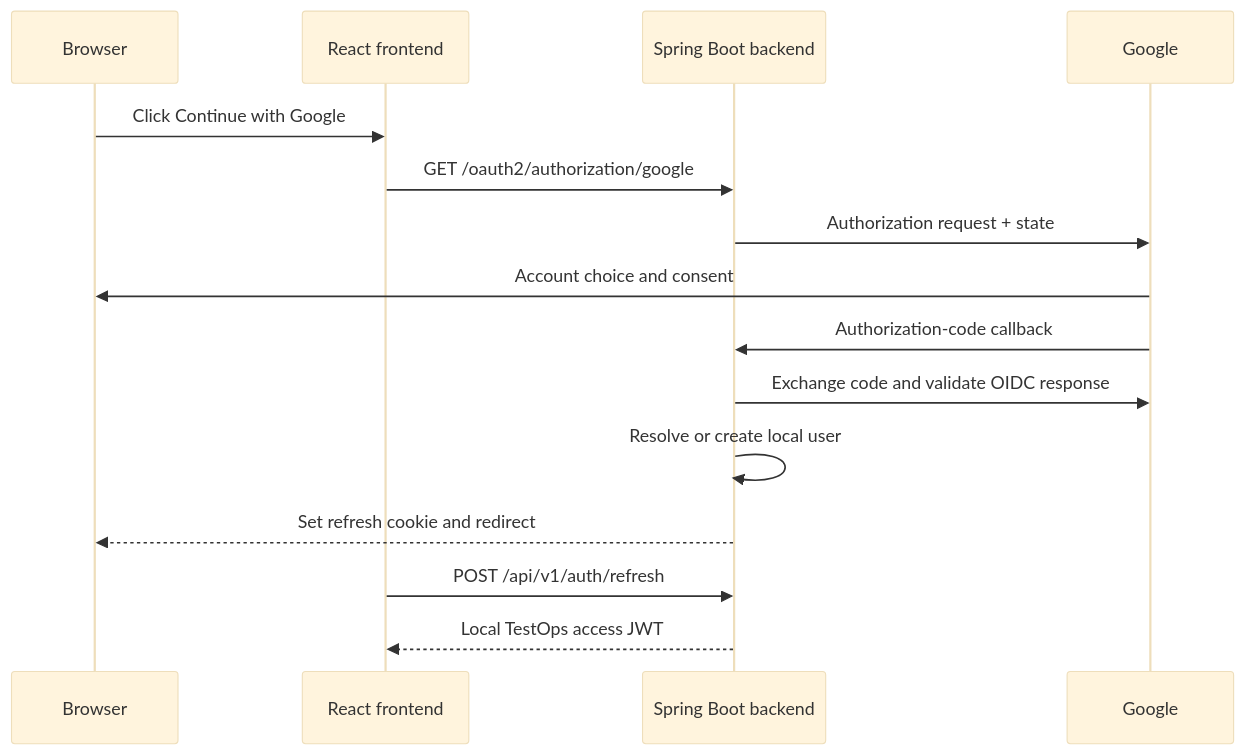
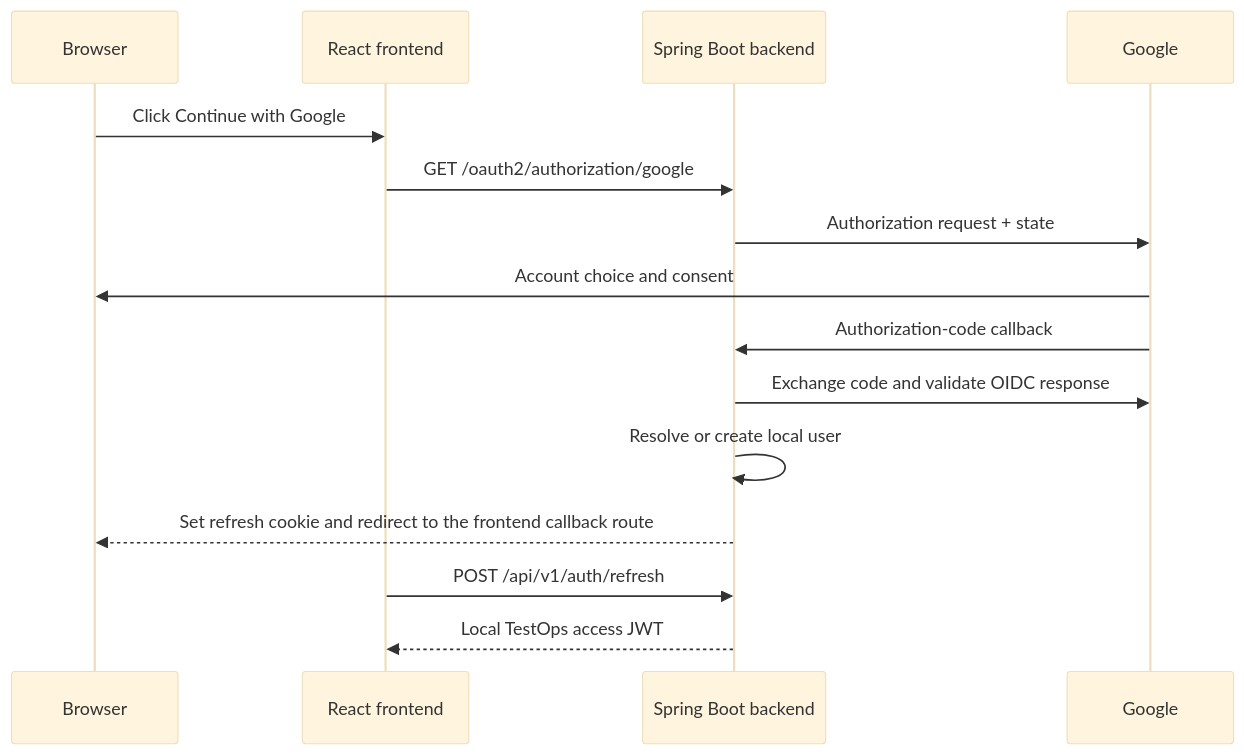
One commit to Megumi2910/testops-platform changed the diagram in docs/02-authentication-and-security.md. Above: the diagram before and after it, drawn with Mermaid (base theme). The commit also changed other lines of this file and 40 other files, not shown here.

````diff
--- a/docs/02-authentication-and-security.md
+++ b/docs/02-authentication-and-security.md
@@ -190,18 +190,18 @@
 ```mermaid
 sequenceDiagram
     participant U as Browser
     participant F as React frontend
     participant B as Spring Boot backend
     participant G as Google
 
     U->>F: Click Continue with Google
     F->>B: GET /oauth2/authorization/google
     B->>G: Authorization request + state
     G->>U: Account choice and consent
     G->>B: Authorization-code callback
     B->>G: Exchange code and validate OIDC response
     B->>B: Resolve or create local user
-    B-->>U: Set refresh cookie and redirect
+    B-->>U: Set refresh cookie and redirect to the frontend callback route
     F->>B: POST /api/v1/auth/refresh
     B-->>F: Local TestOps access JWT
 ```
````
